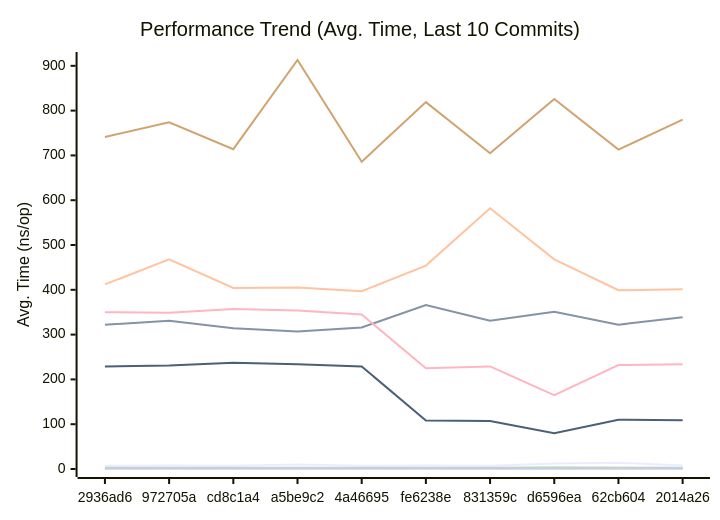
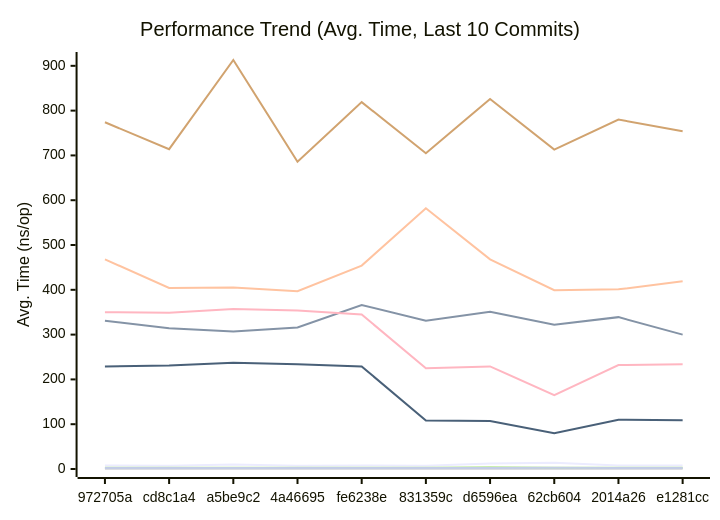
The first of 3 diagrams in docs/PERFORMANCE.md (alsotoes/momo), drawn with Mermaid before and after one commit. The commit also changed other lines of this file and 2 other files, not shown here.

````diff
--- a/docs/PERFORMANCE.md
+++ b/docs/PERFORMANCE.md
@@ -80,16 +80,16 @@
 ```mermaid
 xychart-beta
     title "Performance Trend (Avg. Time, Last 10 Commits)"
     x-axis "Commit"
     y-axis "Avg. Time (ns/op)"
-    x-axis [2936ad6,972705a,cd8c1a4,a5be9c2,4a46695,fe6238e,831359c,d6596ea,62cb604,2014a26]
-    line "CheckMetricsAndSwap" [7,8,7,10,7,8,7,12,14,8]
-    line "CrushOptimized" [322,331,314,307,316,366,331,351,322,339]
-    line "CrushOriginal" [412,468,404,405,397,454,582,468,399,401]
+    x-axis [972705a,cd8c1a4,a5be9c2,4a46695,fe6238e,831359c,d6596ea,62cb604,2014a26,e1281cc]
+    line "CheckMetricsAndSwap" [8,7,10,7,8,7,12,14,8,8]
+    line "CrushOptimized" [331,314,307,316,366,331,351,322,339,300]
+    line "CrushOriginal" [468,404,405,397,454,582,468,399,401,419]
     line "IndexDirectTracking" [0,0,0,0,0,0,0,0,0,0]
-    line "IndexSearch" [3,3,3,3,3,3,3,4,3,3]
-    line "LoadGlobalConfig" [741,774,714,913,686,819,705,826,713,780]
-    line "PadString" [2,2,2,2,2,2,2,2,3,2]
+    line "IndexSearch" [3,3,3,3,3,3,4,3,3,3]
+    line "LoadGlobalConfig" [774,714,913,686,819,705,826,713,780,754]
+    line "PadString" [2,2,2,2,2,2,2,3,2,2]
     line "ParseReplicationOrder_NoPrealloc" [350,349,357,354,345,225,229,165,232,234]
     line "ParseReplicationOrder_Prealloc" [229,231,237,234,229,108,107,80,110,109]
 ```
````
